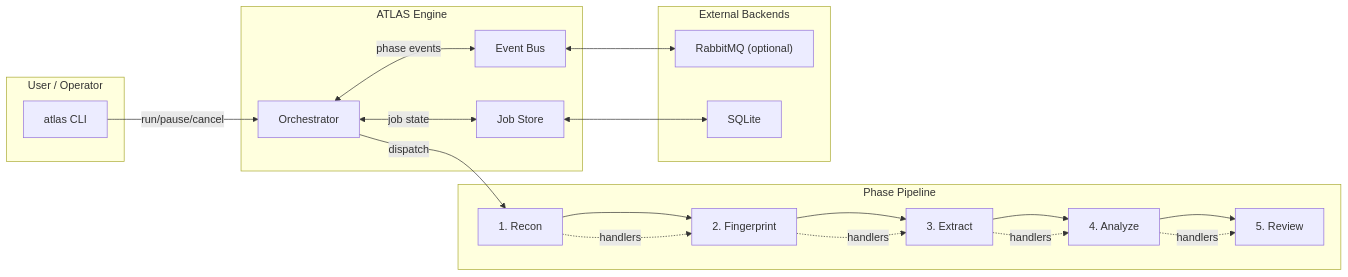
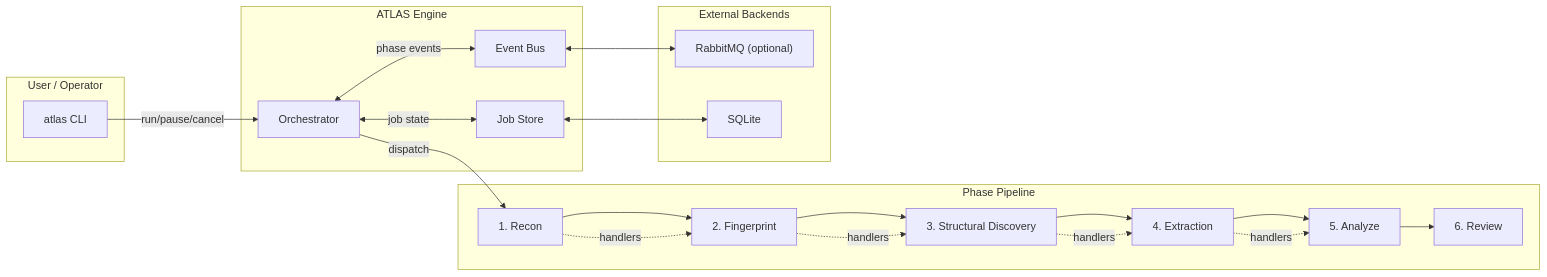
The first of 4 diagrams in README.md (Runndownn/ATLAS), drawn with Mermaid before and after one commit. The commit also changed other lines of this file and 21 other files, not shown here.

Commit message:
Preserve ATLAS pipeline engine implementation, safety analysis phases, and structural discovery work

````diff
--- a/README.md
+++ b/README.md
@@ -72,39 +72,40 @@
 ```mermaid
 graph LR
     subgraph "User / Operator"
         CLI["atlas CLI"]
     end
 
     subgraph "ATLAS Engine"
         ORCH["Orchestrator"]
         EB["Event Bus"]
         JS["Job Store"]
 
         ORCH <-->|"phase events"| EB
         ORCH <-->|"job state"| JS
     end
 
     subgraph "Phase Pipeline"
         P1["1. Recon"]
         P2["2. Fingerprint"]
-        P3["3. Extract"]
-        P4["4. Analyze"]
-        P5["5. Review"]
+        P3["3. Structural Discovery"]
+        P4["4. Extraction"]
+        P5["5. Analyze"]
+        P6["6. Review"]
 
-        P1 --> P2 --> P3 --> P4 --> P5
+        P1 --> P2 --> P3 --> P4 --> P5 --> P6
     end
 
     subgraph "External Backends"
         RABBIT["RabbitMQ (optional)"]
         SQLITE["SQLite"]
     end
 
     CLI -->|"run/pause/cancel"| ORCH
     EB <--> RABBIT
     JS <--> SQLITE
     ORCH -->|"dispatch"| P1
     P1 -.->|"handlers"| P2
     P2 -.->|"handlers"| P3
     P3 -.->|"handlers"| P4
     P4 -.->|"handlers"| P5
 ```
````
